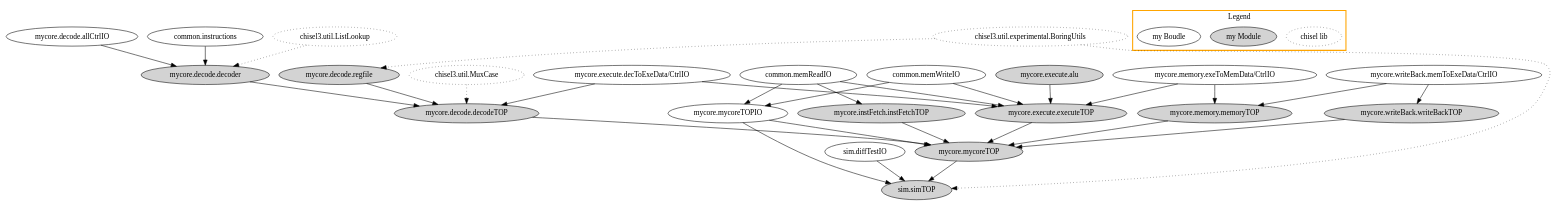
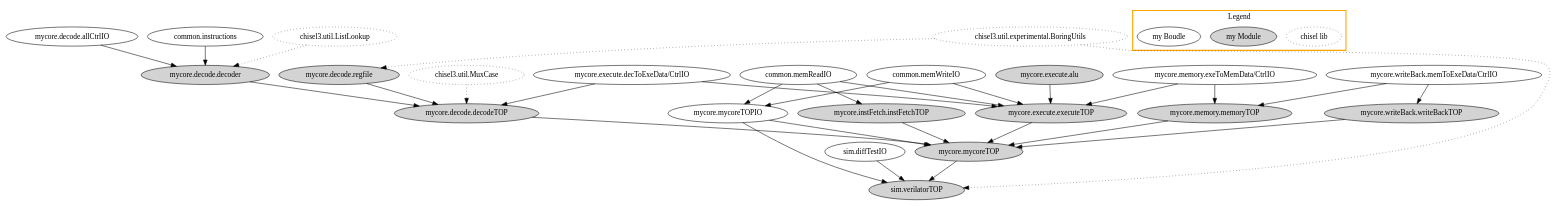
One commit to yuhengy/coredesign changed the diagram in documents/dependChain-chisel.gv. Above: the diagram before and after it, drawn with Graphviz. The commit also changed 21 other files, not shown here.

```diff
--- a/documents/dependChain-chisel.gv
+++ b/documents/dependChain-chisel.gv
@@ -1,66 +1,66 @@
 digraph G {
   //"common.configuration" -> "mycore.decode.regfile", "sim.diffTestIO", "common.memReadIO", "common.memWriteIO", "mycore.instFetch.instFetchTOP", "mycore.decode.decodeTOP";
   //"common.constants" -> "mycore.decode.regfile", "sim.diffTestIO", "mycore.instFetch.instFetchTOP", "mycore.decode.decoder", "mycore.decode.decodeTOP";
   "common.instructions" -> "mycore.decode.decoder";
   "mycore.decode.regfile" -> "mycore.decode.decodeTOP";
-  "mycore.mycoreTOP" -> "sim.simTOP";
-  "sim.diffTestIO" -> "sim.simTOP";
+  "mycore.mycoreTOP" -> "sim.verilatorTOP";
+  "sim.diffTestIO" -> "sim.verilatorTOP";
 
   "common.memReadIO" -> "mycore.mycoreTOPIO", "mycore.instFetch.instFetchTOP", "mycore.execute.executeTOP";
   "common.memWriteIO" -> "mycore.mycoreTOPIO", "mycore.execute.executeTOP";
-  "mycore.mycoreTOPIO" -> "mycore.mycoreTOP", "sim.simTOP";
+  "mycore.mycoreTOPIO" -> "mycore.mycoreTOP", "sim.verilatorTOP";
 
   "chisel3.util.experimental.BoringUtils" [style=dotted];
   //"chisel3.util.log2Ceil" [style=dotted];
   "chisel3.util.ListLookup" [style=dotted];
   "chisel3.util.MuxCase" [style=dotted];
-  "chisel3.util.experimental.BoringUtils" -> "mycore.decode.regfile", "sim.simTOP" [style=dotted];
+  "chisel3.util.experimental.BoringUtils" -> "mycore.decode.regfile", "sim.verilatorTOP" [style=dotted];
   //"chisel3.util.log2Ceil" -> "common.constants" [style=dotted];
   "chisel3.util.ListLookup" -> "mycore.decode.decoder" [style=dotted];
   "chisel3.util.MuxCase" -> "mycore.decode.decodeTOP" [style=dotted];
 
-  "sim.simTOP" [style=filled];
+  "sim.verilatorTOP" [style=filled];
   "mycore.mycoreTOP" [style=filled];
   "mycore.instFetch.instFetchTOP" [style=filled];
   "mycore.decode.decodeTOP" [style=filled];
   "mycore.decode.regfile" [style=filled];
   "mycore.decode.decoder" [style=filled];
   "mycore.execute.executeTOP" [style=filled];
   "mycore.execute.alu" [style=filled];
   "mycore.memory.memoryTOP" [style=filled];
   "mycore.writeBack.writeBackTOP" [style=filled];
   "mycore.instFetch.instFetchTOP" -> "mycore.mycoreTOP";
   "mycore.decode.decodeTOP" -> "mycore.mycoreTOP";
   "mycore.execute.executeTOP" -> "mycore.mycoreTOP";
   "mycore.memory.memoryTOP" -> "mycore.mycoreTOP";
   "mycore.writeBack.writeBackTOP" -> "mycore.mycoreTOP";
 
   "mycore.decode.allCtrlIO" -> "mycore.decode.decoder";
   "mycore.decode.decoder" -> "mycore.decode.decodeTOP";
 
   "mycore.execute.decToExeData/CtrlIO" -> "mycore.decode.decodeTOP", "mycore.execute.executeTOP";
   "mycore.memory.exeToMemData/CtrlIO" -> "mycore.execute.executeTOP", "mycore.memory.memoryTOP";
   "mycore.writeBack.memToExeData/CtrlIO" -> "mycore.memory.memoryTOP", "mycore.writeBack.writeBackTOP";
 
   "mycore.execute.alu" -> "mycore.execute.executeTOP";
 
 
 
 
   // Legend
   subgraph cluster1 {
     "chisel lib" [style=dotted];
     "my Module" [style=filled];
     "my Boudle";
 
     label = "Legend";
     style=bold;
     color = "orange";
   }
 }
 
 // TODO: Add main Object `elaborate` which is runned by sbt to generate .v files.
 //       This will be helpful to keep *how sbt works* in mind .
 
 // NOTE: We ignore `chisel3._` for simplicity and ignore `scala.language.reflectiveCalls`
 // NOTE: We remove "common.configuration" and "common.constants" for simplicity.
```
